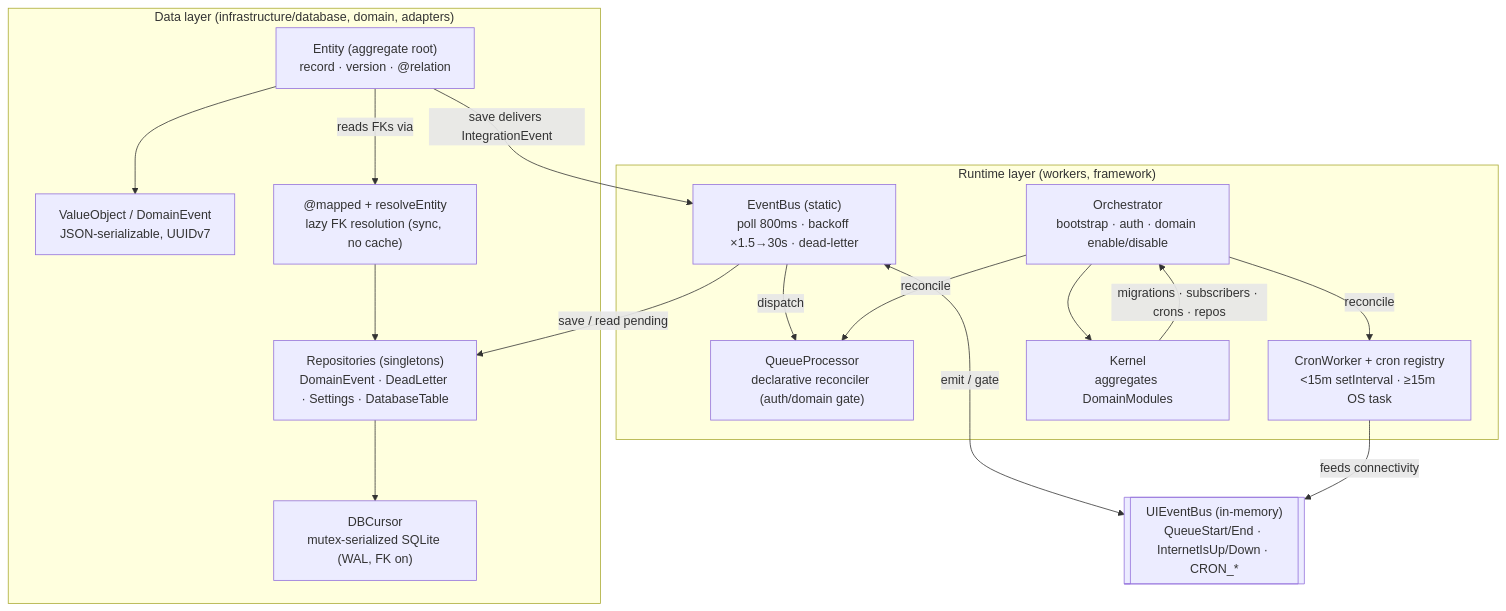
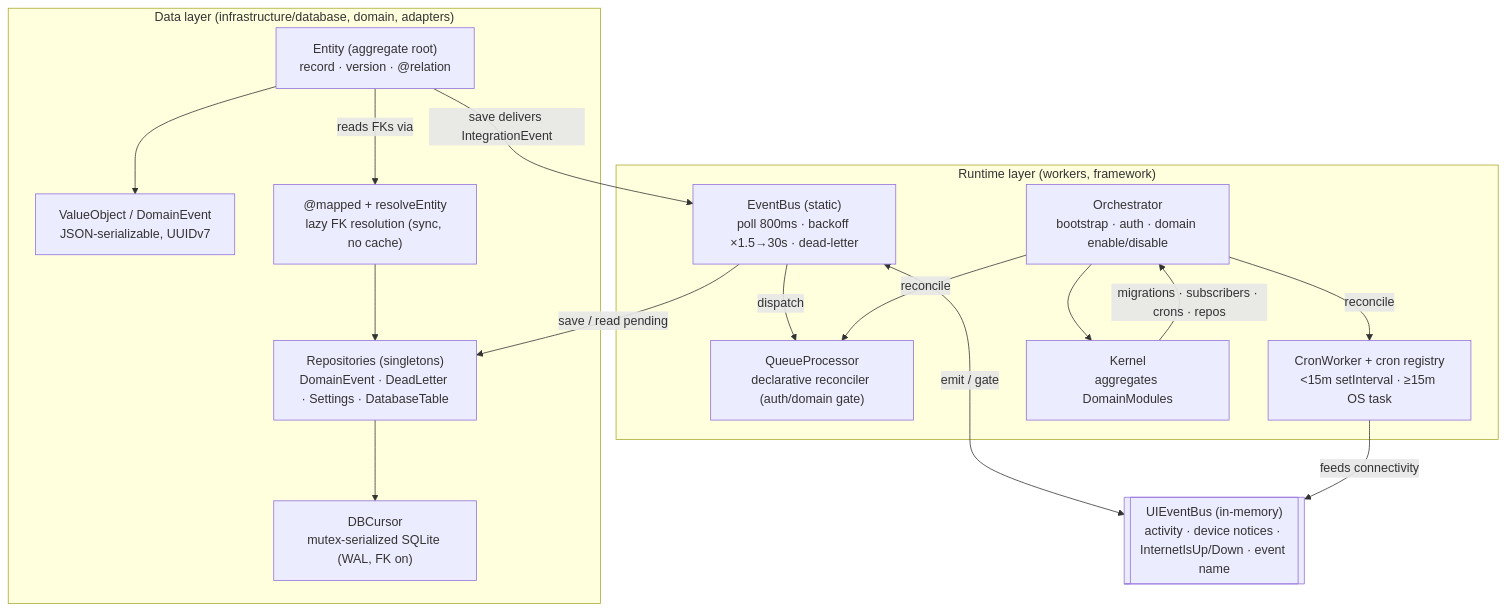
One commit to Sincpro-SRL/sincpro_mobile changed the first of 3 diagrams in docs/architecture-core.md. Above: the diagram before and after it, drawn with Mermaid. The commit also changed other lines of this file and 35 other files, not shown here.

````diff
--- a/docs/architecture-core.md
+++ b/docs/architecture-core.md
@@ -26,34 +47,34 @@
 ```mermaid
 flowchart TB
     subgraph DATA["Data layer (infrastructure/database, domain, adapters)"]
         entity["Entity (aggregate root)<br/>record · version · @relation"]
         vo["ValueObject / DomainEvent<br/>JSON-serializable, UUIDv7"]
         mapped["@mapped + resolveEntity<br/>lazy FK resolution (sync, no cache)"]
         cursor["DBCursor<br/>mutex-serialized SQLite (WAL, FK on)"]
         repos["Repositories (singletons)<br/>DomainEvent · DeadLetter · Settings · DatabaseTable"]
     end
 
     subgraph RUNTIME["Runtime layer (workers, framework)"]
         bus["EventBus (static)<br/>poll 800ms · backoff ×1.5→30s · dead-letter"]
         qp["QueueProcessor<br/>declarative reconciler (auth/domain gate)"]
         cron["CronWorker + cron registry<br/>&lt;15m setInterval · ≥15m OS task"]
         orch["Orchestrator<br/>bootstrap · auth · domain enable/disable"]
         kernel["Kernel<br/>aggregates DomainModules"]
     end
 
-    uibus[["UIEventBus (in-memory)<br/>QueueStart/End · InternetIsUp/Down · CRON_*"]]
+    uibus[["UIEventBus (in-memory)<br/>activity · device notices · InternetIsUp/Down · event name"]]
 
     entity --> vo
     entity -->|reads FKs via| mapped
     mapped --> repos
     repos --> cursor
     entity -->|save delivers IntegrationEvent| bus
     bus -->|save / read pending| repos
     bus -->|dispatch| qp
     bus <-->|emit / gate| uibus
     cron -->|feeds connectivity| uibus
     orch --> kernel
     orch -->|reconcile| qp
     orch -->|reconcile| cron
     kernel -->|migrations · subscribers · crons · repos| orch
 ```
````
